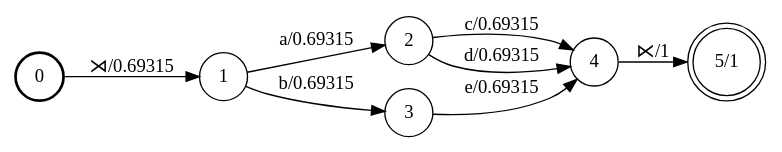
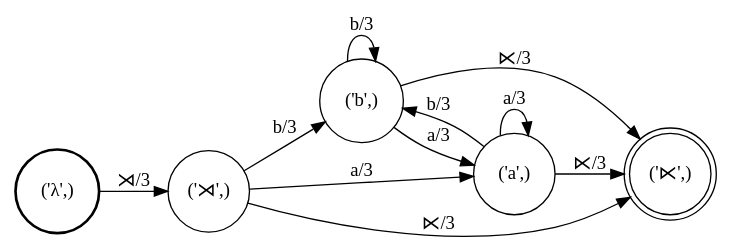
The diagram in demo/M.dot (colincwilson/wynini), drawn with Graphviz before and after one commit. The commit also changed 12 other files, not shown here.

```diff
--- a/demo/M.dot
+++ b/demo/M.dot
@@ -1,21 +1,23 @@
 digraph FST {
 rankdir = LR;
 size = "8.5,11";
 center = 1;
 orientation = Portrait;
 ranksep = "0.4";
 nodesep = "0.25";
-0 [label = "0", shape = circle, style = bold, fontsize = 14]
-	0 -> 1 [label = "⋊/0.69315", fontsize = 14];
-1 [label = "1", shape = circle, style = solid, fontsize = 14]
-	1 -> 2 [label = "a/0.69315", fontsize = 14];
-	1 -> 3 [label = "b/0.69315", fontsize = 14];
-2 [label = "2", shape = circle, style = solid, fontsize = 14]
-	2 -> 4 [label = "c/0.69315", fontsize = 14];
-	2 -> 4 [label = "d/0.69315", fontsize = 14];
-3 [label = "3", shape = circle, style = solid, fontsize = 14]
-	3 -> 4 [label = "e/0.69315", fontsize = 14];
-4 [label = "4", shape = circle, style = solid, fontsize = 14]
-	4 -> 5 [label = "⋉/1", fontsize = 14];
-5 [label = "5/1", shape = doublecircle, style = solid, fontsize = 14]
+0 [label = "('λ',)", shape = circle, style = bold, fontsize = 14]
+	0 -> 1 [label = "⋊/3", fontsize = 14];
+1 [label = "('⋊',)", shape = circle, style = solid, fontsize = 14]
+	1 -> 2 [label = "b/3", fontsize = 14];
+	1 -> 3 [label = "a/3", fontsize = 14];
+	1 -> 4 [label = "⋉/3", fontsize = 14];
+2 [label = "('b',)", shape = circle, style = solid, fontsize = 14]
+	2 -> 2 [label = "b/3", fontsize = 14];
+	2 -> 3 [label = "a/3", fontsize = 14];
+	2 -> 4 [label = "⋉/3", fontsize = 14];
+3 [label = "('a',)", shape = circle, style = solid, fontsize = 14]
+	3 -> 2 [label = "b/3", fontsize = 14];
+	3 -> 3 [label = "a/3", fontsize = 14];
+	3 -> 4 [label = "⋉/3", fontsize = 14];
+4 [label = "('⋉',)", shape = doublecircle, style = solid, fontsize = 14]
 }
```
